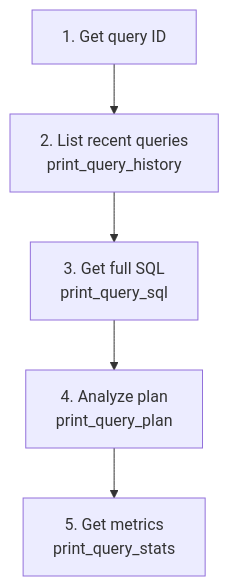
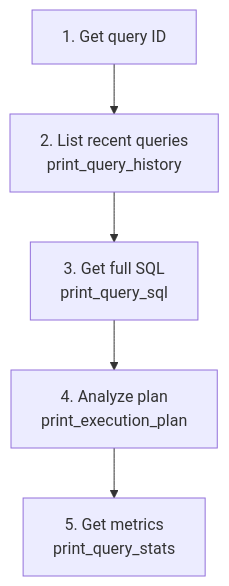
The first of 2 diagrams in .claude/skills/using-dbt-query-profiler-package/SKILL.md (dbt-labs/dbt-query-profiler), drawn with Mermaid before and after one commit. The commit also changed other lines of this file and 1 other file, not shown here.

Commit message:
docs: update SKILL files for query_plan/execution_plan refactor

````diff
--- a/.claude/skills/using-dbt-query-profiler-package/SKILL.md
+++ b/.claude/skills/using-dbt-query-profiler-package/SKILL.md
@@ -14,7 +14,7 @@
 ```mermaid
 flowchart TB
     A[1. Get query ID] --> B[2. List recent queries<br/>print_query_history]
     B --> C[3. Get full SQL<br/>print_query_sql]
-    C --> D[4. Analyze plan<br/>print_query_plan]
+    C --> D[4. Analyze plan<br/>print_execution_plan]
     D --> E[5. Get metrics<br/>print_query_stats]
 ```
````
